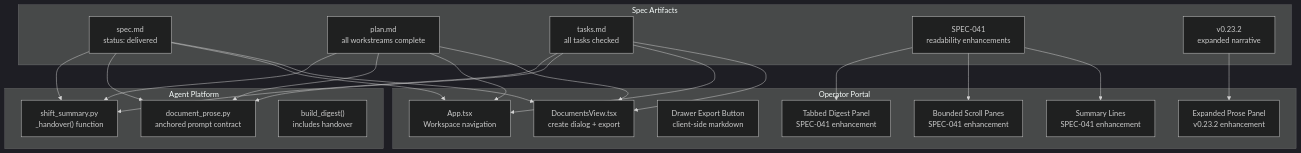
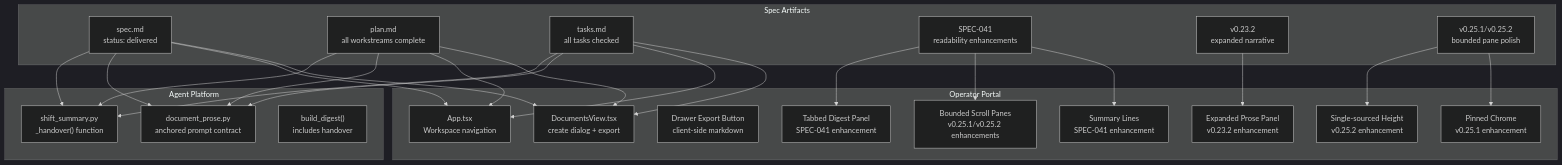
Before and after one commit to metasync/luban-aiops: the first of 10 diagrams in .qoder/repowiki/en/content/Architecture Documentation/SPEC-040_ Shift-Summary Handover Narrative and Export.md, drawn with Mermaid (dark theme). The commit also changed other lines of this file and 11 other files, not shown here.

````diff
--- a/.qoder/repowiki/en/content/Architecture Documentation/SPEC-040_ Shift-Summary Handover Narrative and Export.md
+++ b/.qoder/repowiki/en/content/Architecture Documentation/SPEC-040_ Shift-Summary Handover Narrative and Export.md
@@ -59,40 +61,45 @@
 ```mermaid
 graph TB
 subgraph "Agent Platform"
 A["shift_summary.py<br/>_handover() function"]
 B["document_prose.py<br/>anchored prompt contract"]
 C["build_digest()<br/>includes handover"]
 end
 subgraph "Operator Portal"
 D["App.tsx<br/>Workspace navigation"]
 E["DocumentsView.tsx<br/>create dialog + export"]
 F["Drawer Export Button<br/>client-side markdown"]
 G["Tabbed Digest Panel<br/>SPEC-041 enhancement"]
-H["Bounded Scroll Panes<br/>SPEC-041 enhancement"]
+H["Bounded Scroll Panes<br/>v0.25.1/v0.25.2 enhancements"]
 I["Summary Lines<br/>SPEC-041 enhancement"]
 J["Expanded Prose Panel<br/>v0.23.2 enhancement"]
+K["Single-sourced Height<br/>v0.25.2 enhancement"]
+L["Pinned Chrome<br/>v0.25.1 enhancement"]
 end
 subgraph "Spec Artifacts"
 S1["spec.md<br/>status: delivered"]
 S2["plan.md<br/>all workstreams complete"]
 S3["tasks.md<br/>all tasks checked"]
 S4["SPEC-041<br/>readability enhancements"]
 S5["v0.23.2<br/>expanded narrative"]
+S6["v0.25.1/v0.25.2<br/>bounded pane polish"]
 end
 S1 --> A
 S1 --> B
 S1 --> D
 S1 --> E
 S2 --> A
 S2 --> B
 S2 --> D
 S2 --> E
 S3 --> A
 S3 --> B
 S3 --> D
 S3 --> E
 S4 --> G
 S4 --> H
 S4 --> I
 S5 --> J
+S6 --> K
+S6 --> L
 ```
````
